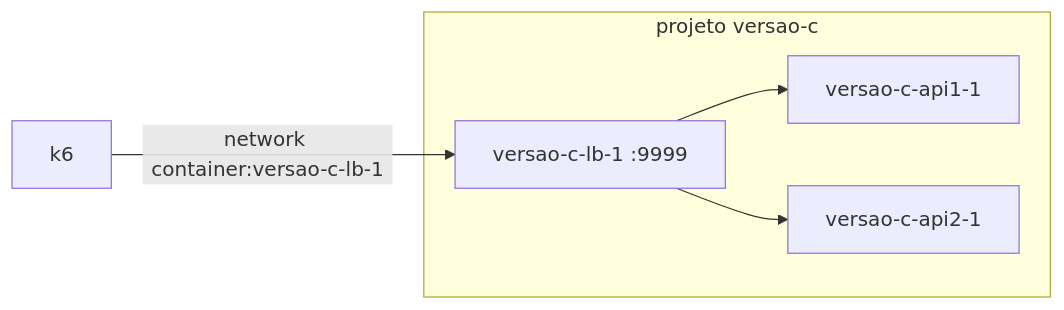
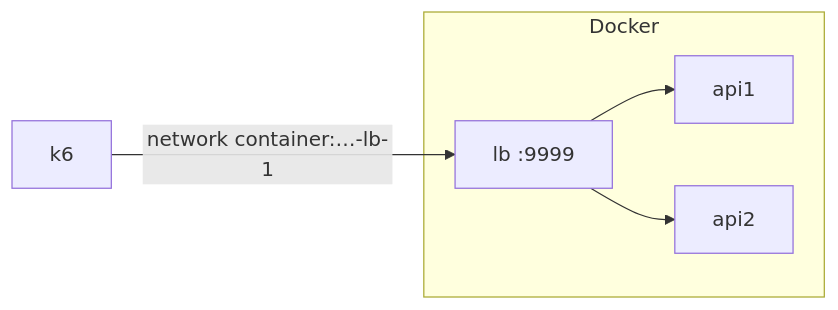
Before and after one commit to adsanla/rinha2026: the fourth of 4 diagrams in README.md, drawn with Mermaid. The commit also changed other lines of this file, not shown here.

````diff
--- a/README.md
+++ b/README.md
@@ -79,11 +120,11 @@
 ```mermaid
 flowchart LR
-    subgraph stack [projeto versao-c]
-        L[versao-c-lb-1 :9999]
-        A1[versao-c-api1-1]
-        A2[versao-c-api2-1]
+    subgraph stack [Docker]
+        L[lb :9999]
+        A1[api1]
+        A2[api2]
     end
-    K6[k6] -->|network container:versao-c-lb-1| L
+    K6[k6] -->|network container:…-lb-1| L
     L --> A1
     L --> A2
 ```
````
